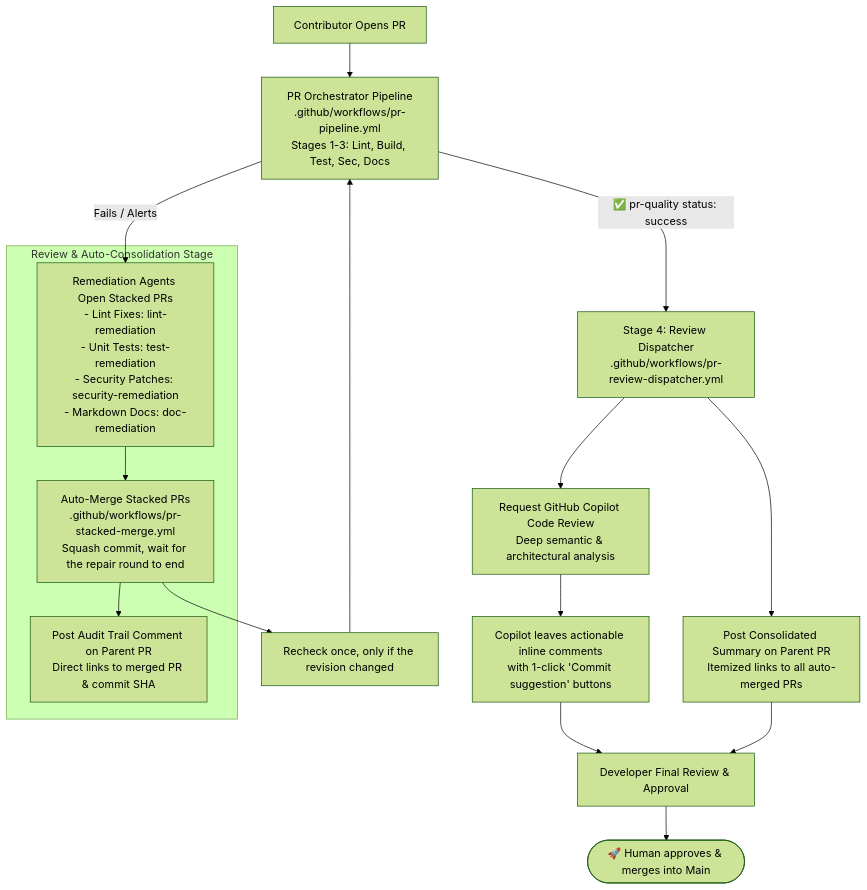
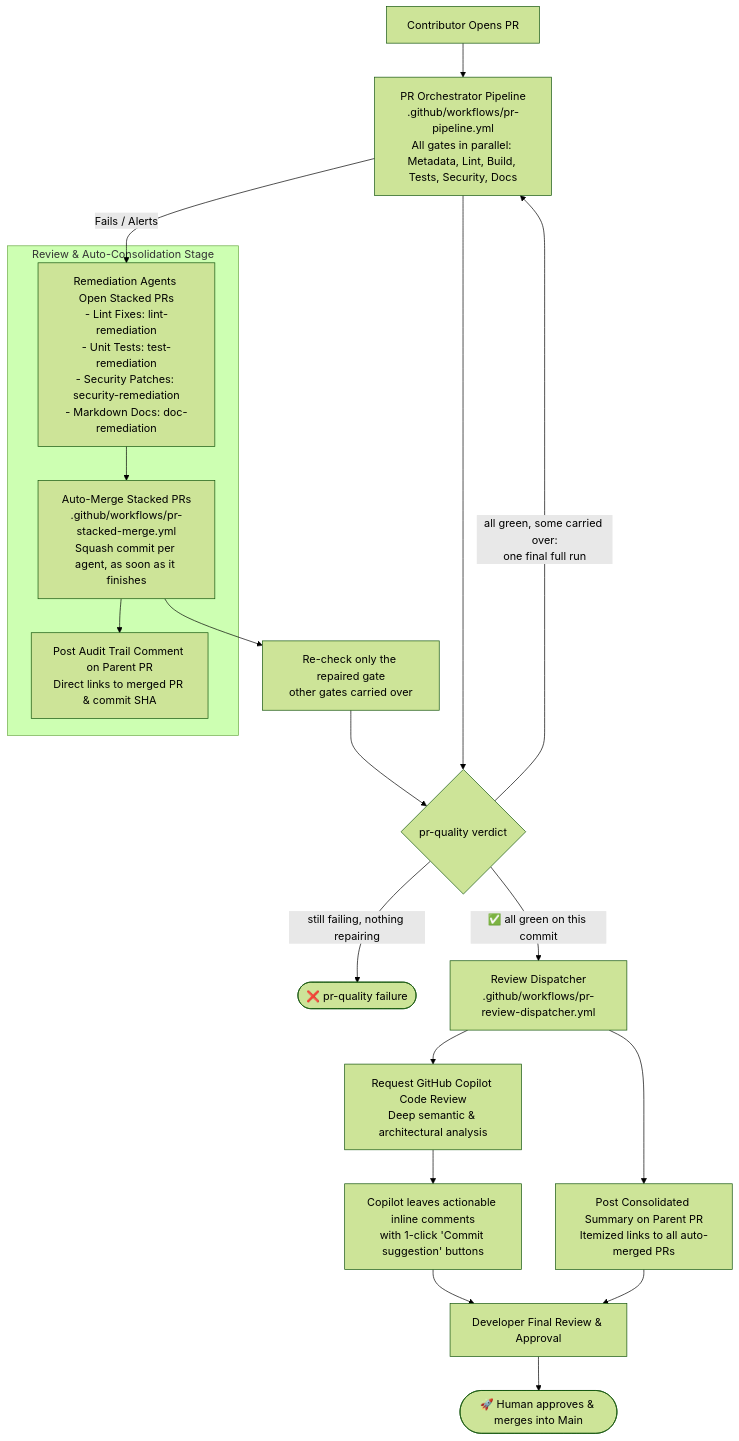
The diagram in docs/pr-review-and-consolidation.md (SitoaderOrg/ForgeFlow), drawn with Mermaid (forest theme) before and after one commit. The commit also changed other lines of this file and 28 other files, not shown here.

First line of the commit message:
feat(ci): run PR quality gates in parallel with per-gate rechecks

````diff
--- a/docs/pr-review-and-consolidation.md
+++ b/docs/pr-review-and-consolidation.md
@@ -28,25 +28,28 @@
 ```mermaid
 flowchart TD
-    PR[Contributor Opens PR] --> Pipeline[PR Orchestrator Pipeline\n.github/workflows/pr-pipeline.yml\nStages 1-3: Lint, Build, Test, Sec, Docs]
+    PR[Contributor Opens PR] --> Pipeline[PR Orchestrator Pipeline\n.github/workflows/pr-pipeline.yml\nAll gates in parallel: Metadata, Lint, Build, Tests, Security, Docs]
     
     Pipeline -->|Fails / Alerts| Agents[Remediation Agents Open Stacked PRs\n- Lint Fixes: lint-remediation\n- Unit Tests: test-remediation\n- Security Patches: security-remediation\n- Markdown Docs: doc-remediation]
     
     subgraph Auto_Consolidation [Review & Auto-Consolidation Stage]
-        Agents --> AutoMerge[Auto-Merge Stacked PRs\n.github/workflows/pr-stacked-merge.yml\nSquash commit, wait for the repair round to end]
+        Agents --> AutoMerge[Auto-Merge Stacked PRs\n.github/workflows/pr-stacked-merge.yml\nSquash commit per agent, as soon as it finishes]
         AutoMerge --> CommentParent[Post Audit Trail Comment on Parent PR\nDirect links to merged PR & commit SHA]
     end
 
-    AutoMerge --> SyncBranch[Recheck once, only if the revision changed]
-    SyncBranch --> Pipeline
+    AutoMerge --> SyncBranch[Re-check only the repaired gate\nother gates carried over]
+    SyncBranch --> Verdict{pr-quality verdict}
+    Pipeline --> Verdict
+    Verdict -->|all green, some carried over:\none final full run| Pipeline
+    Verdict -->|still failing, nothing repairing| Fail([❌ pr-quality failure])
 
-    Pipeline -->|✅ pr-quality status: success| Dispatcher[Stage 4: Review Dispatcher\n.github/workflows/pr-review-dispatcher.yml]
+    Verdict -->|✅ all green on this commit| Dispatcher[Review Dispatcher\n.github/workflows/pr-review-dispatcher.yml]
 
     Dispatcher --> RequestCopilot[Request GitHub Copilot Code Review\nDeep semantic & architectural analysis]
     Dispatcher --> PostSummary[Post Consolidated Summary on Parent PR\nItemized links to all auto-merged PRs]
 
     RequestCopilot --> InlineFeedback[Copilot leaves actionable inline comments\nwith 1-click 'Commit suggestion' buttons]
 
     InlineFeedback & PostSummary --> DeveloperReview[Developer Final Review & Approval]
 
     DeveloperReview --> MergeMain([🚀 Human approves & merges into Main])
 ```
````
